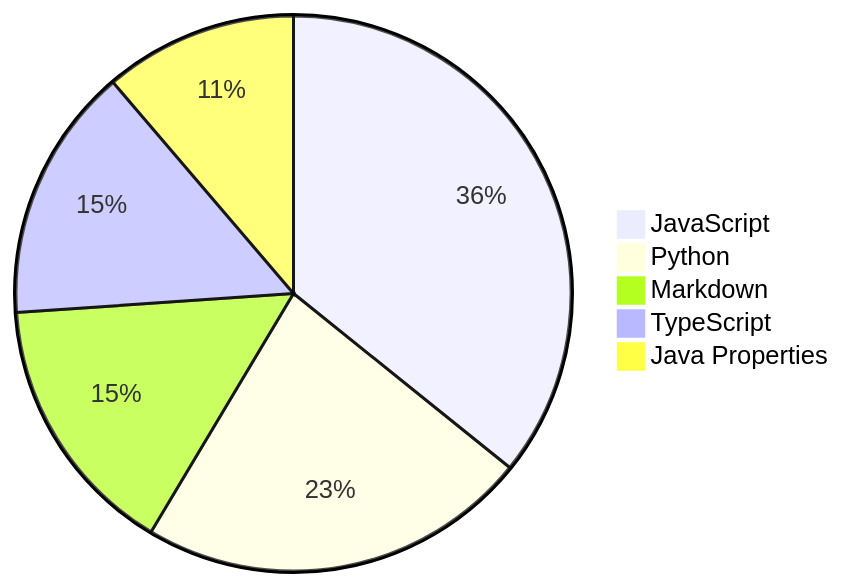
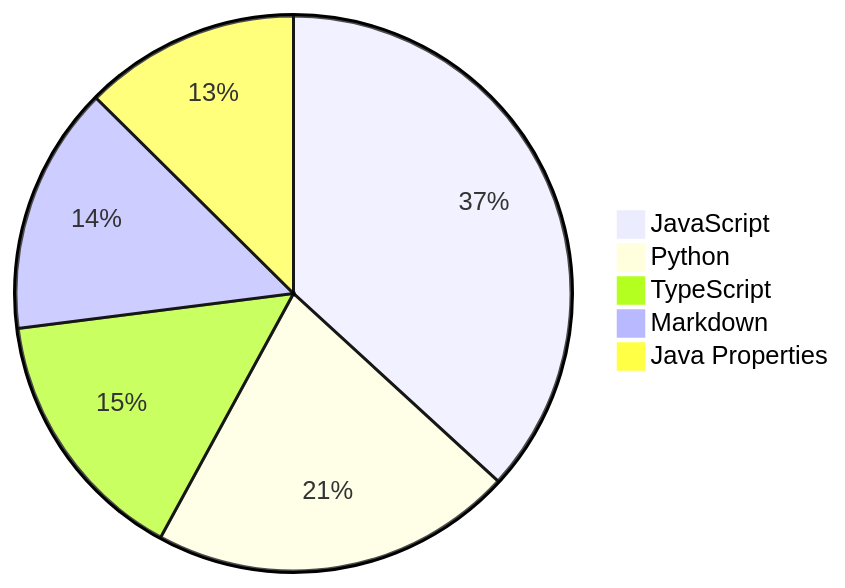
The diagram in README.md (Alicia111/alicia111), drawn with Mermaid before and after one commit.

Commit message:
Update WakaTime stats (・ω・)b

````diff
--- a/README.md
+++ b/README.md
@@ -32,8 +32,8 @@
 ```mermaid
 pie
-    "JavaScript" : 25.76
-    "Python" : 16.4
-    "Markdown" : 11.04
-    "TypeScript" : 10.68
-    "Java Properties" : 8.1
+    "JavaScript" : 26.17
+    "Python" : 15.02
+    "TypeScript" : 10.7
+    "Markdown" : 10.26
+    "Java Properties" : 8.94
 ```
````
